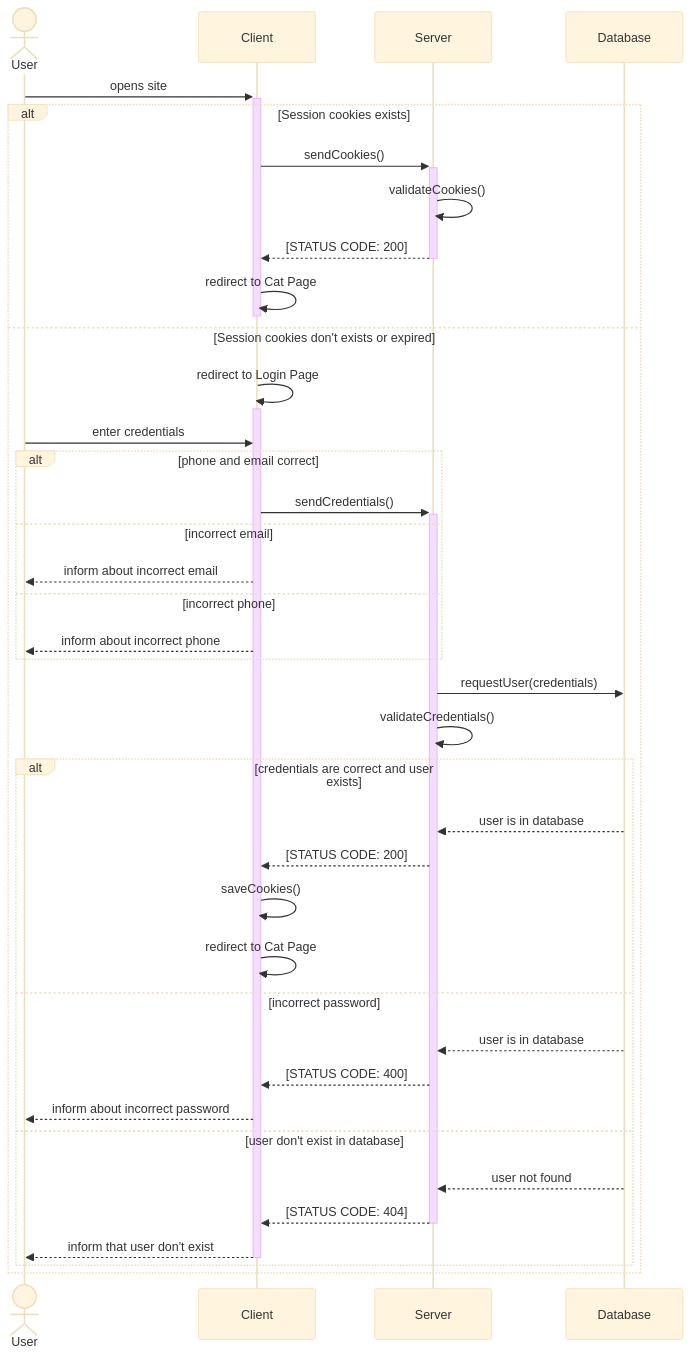
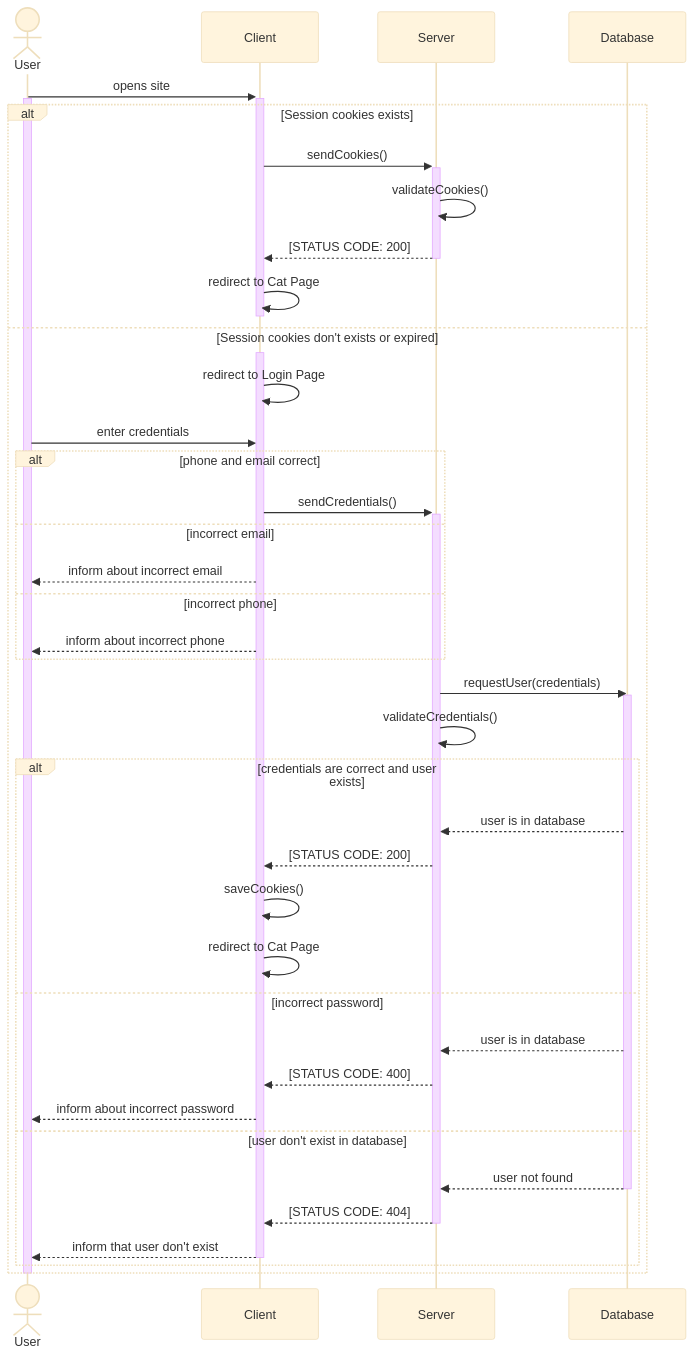
One commit to ArtDash/belousov_rmr_hw_server changed the diagram in SequenceUML_rmr.md. Above: the diagram before and after it, drawn with Mermaid (base theme).

Commit message:
Update SequenceUML_rmr.md
Changed activations

````diff
--- a/SequenceUML_rmr.md
+++ b/SequenceUML_rmr.md
@@ -1,47 +1,52 @@
 ```mermaid
 sequenceDiagram
     actor User;
     participant Client;
     participant Server;
     participant Database;
 
     User->>+Client: opens site;
+    activate User;
 
     alt Session cookies exists
         Client->>+Server: sendCookies();
         Server->>Server: validateCookies();
         Server-->>-Client: [STATUS CODE: 200];
         Client->>-Client: redirect to Cat Page;
     else Session cookies don't exists or expired
-        Client->>+Client: redirect to Login Page;
+        activate Client;
+        Client->>Client: redirect to Login Page;
 
         User->>Client: enter credentials;
 
         alt phone and email correct
             Client->>+Server: sendCredentials();
         else incorrect email
             Client-->>User: inform about incorrect email;
         else incorrect phone
             Client-->>User: inform about incorrect phone;
         end
 
         Server->>Database: requestUser(credentials);
+        activate Database;
         Server->>Server: validateCredentials();
 
 
         alt credentials are correct and user exists
             Database-->>Server: user is in database;
             Server-->>Client: [STATUS CODE: 200];
             Client->>Client: saveCookies();
             Client->>Client: redirect to Cat Page
         else incorrect password
             Database-->>Server: user is in database;
             Server-->>Client: [STATUS CODE: 400];
             Client-->>User: inform about incorrect password;
         else user don't exist in database
             Database-->>Server: user not found;
+            deactivate Database;
             Server-->>-Client: [STATUS CODE: 404];
             Client-->>-User: inform that user don't exist;
         end
     end
+    deactivate User;
 ```
````
